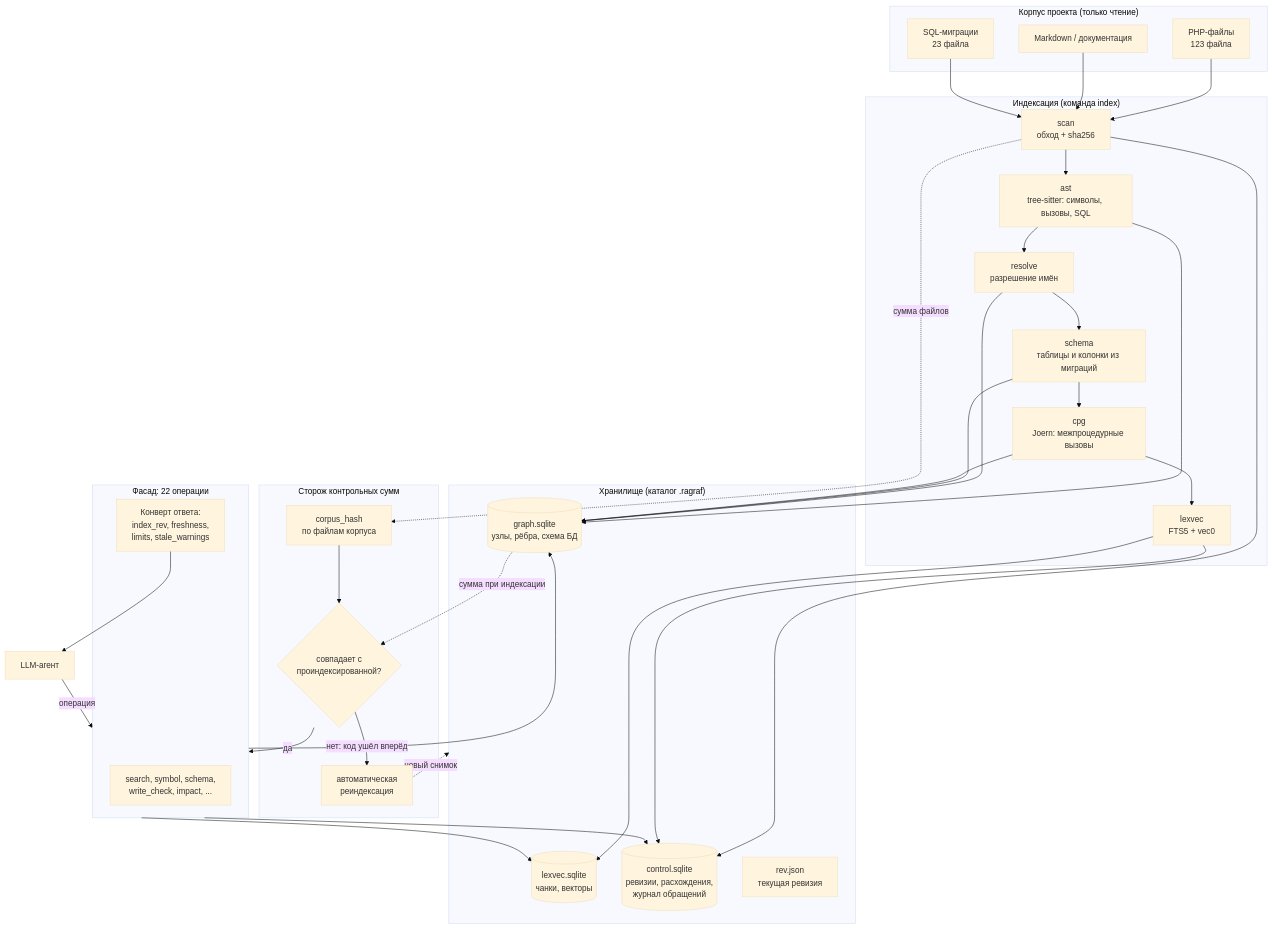
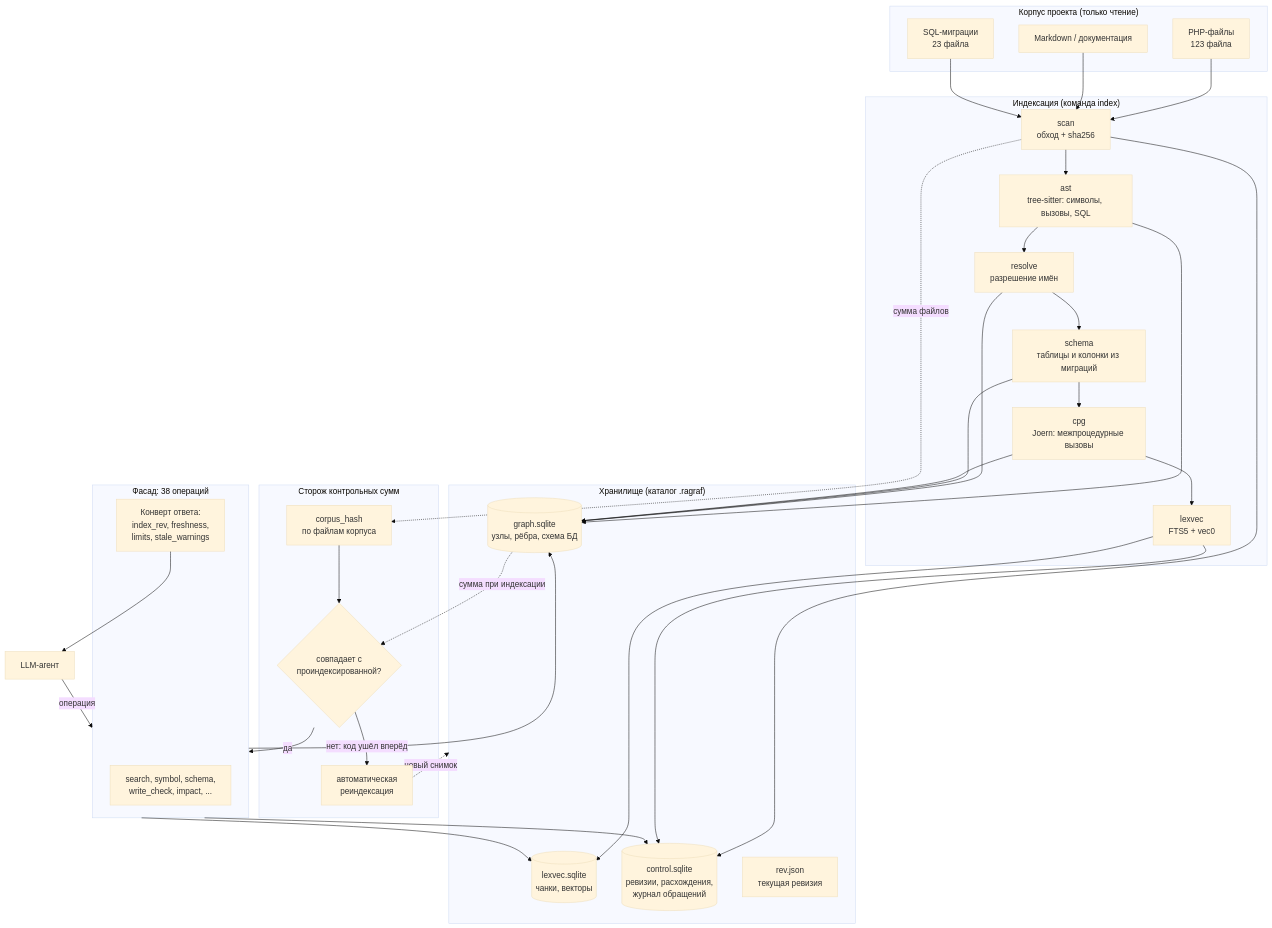
Before and after one commit to paulmann/RAGRAF: the first of 3 diagrams in docs/ru/05_article/RAGRAF_ARTICLE.md, drawn with Mermaid (base theme). The commit also changed other lines of this file and 80 other files, not shown here.

````diff
--- a/docs/ru/05_article/RAGRAF_ARTICLE.md
+++ b/docs/ru/05_article/RAGRAF_ARTICLE.md
@@ -87,62 +87,62 @@
 ```mermaid
 flowchart TB
     subgraph CORPUS["Корпус проекта (только чтение)"]
         PHP["PHP-файлы<br/>123 файла"]
         MD["Markdown / документация"]
         SQL["SQL-миграции<br/>23 файла"]
     end
 
     subgraph INDEX["Индексация (команда index)"]
         SCAN["scan<br/>обход + sha256"]
         AST["ast<br/>tree-sitter: символы, вызовы, SQL"]
         RESOLVE["resolve<br/>разрешение имён"]
         SCHEMA["schema<br/>таблицы и колонки из миграций"]
         CPG["cpg<br/>Joern: межпроцедурные вызовы"]
         LEXVEC["lexvec<br/>FTS5 + vec0"]
     end
 
     subgraph STORE["Хранилище (каталог .ragraf)"]
         GRAPH[("graph.sqlite<br/>узлы, рёбра, схема БД")]
         LEX[("lexvec.sqlite<br/>чанки, векторы")]
         CTRL[("control.sqlite<br/>ревизии, расхождения,<br/>журнал обращений")]
         REV["rev.json<br/>текущая ревизия"]
     end
 
     subgraph GUARD["Сторож контрольных сумм"]
         HASH["corpus_hash<br/>по файлам корпуса"]
         CMP{"совпадает с<br/>проиндексированной?"}
         REINDEX["автоматическая<br/>реиндексация"]
     end
 
-    subgraph FACADE["Фасад: 22 операции"]
+    subgraph FACADE["Фасад: 38 операций"]
         OPS["search, symbol, schema,<br/>write_check, impact, ..."]
         ENV["Конверт ответа:<br/>index_rev, freshness,<br/>limits, stale_warnings"]
     end
 
     AGENT["LLM-агент"]
 
     PHP --> SCAN
     MD --> SCAN
     SQL --> SCAN
     SCAN --> AST --> RESOLVE --> SCHEMA --> CPG --> LEXVEC
     AST --> GRAPH
     RESOLVE --> GRAPH
     SCHEMA --> GRAPH
     CPG --> GRAPH
     LEXVEC --> LEX
     SCAN --> CTRL
     LEXVEC --> CTRL
 
     HASH --> CMP
     SCAN -.->|"сумма файлов"| HASH
     GRAPH -.->|"сумма при индексации"| CMP
     CMP -->|"нет: код ушёл вперёд"| REINDEX
     REINDEX -.->|"новый снимок"| STORE
     CMP -->|"да"| FACADE
 
     AGENT -->|"операция"| FACADE
     FACADE --> GRAPH
     FACADE --> LEX
     FACADE --> CTRL
     ENV --> AGENT
 ```
````
